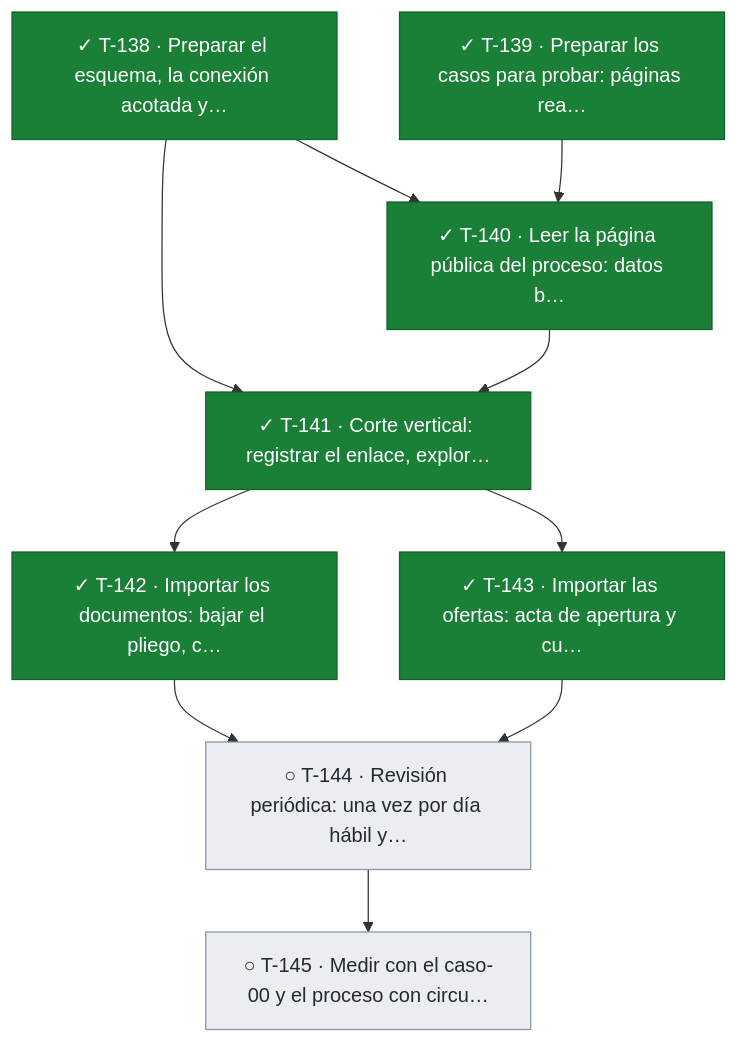
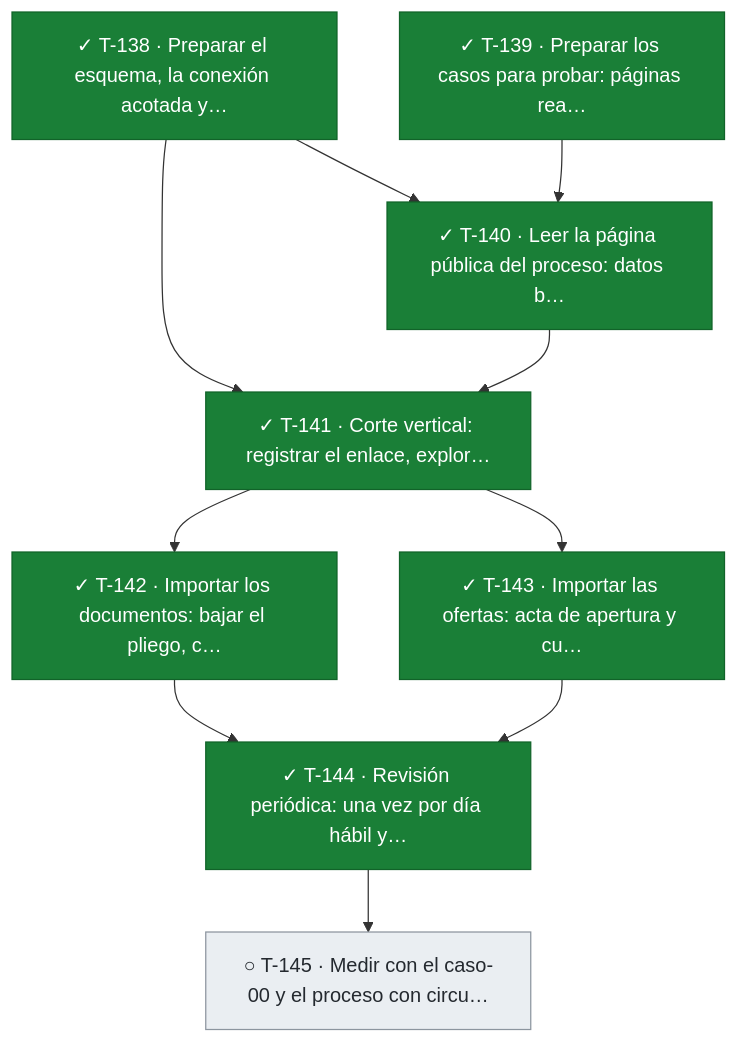
Diagram 11 of 11 in docs/tablero.md (snavello/EVALUON), drawn with Mermaid before and after one commit. The commit also changed other lines of this file and 1 other file, not shown here.

````diff
--- a/docs/tablero.md
+++ b/docs/tablero.md
@@ -835,25 +835,25 @@
 ```mermaid
 flowchart TD
   T138["✓ T-138 · Preparar el esquema, la conexión acotada y…"]:::done
   T139["✓ T-139 · Preparar los casos para probar: páginas rea…"]:::done
   T140["✓ T-140 · Leer la página pública del proceso: datos b…"]:::done
   T141["✓ T-141 · Corte vertical: registrar el enlace, explor…"]:::done
   T142["✓ T-142 · Importar los documentos: bajar el pliego, c…"]:::done
   T143["✓ T-143 · Importar las ofertas: acta de apertura y cu…"]:::done
-  T144["○ T-144 · Revisión periódica: una vez por día hábil y…"]:::todo
+  T144["✓ T-144 · Revisión periódica: una vez por día hábil y…"]:::done
   T145["○ T-145 · Medir con el caso-00 y el proceso con circu…"]:::todo
   T138 --> T140
   T139 --> T140
   T138 --> T141
   T140 --> T141
   T141 --> T142
   T141 --> T143
   T142 --> T144
   T143 --> T144
   T144 --> T145
   classDef done fill:#1a7f37,stroke:#116329,color:#ffffff
   classDef review fill:#0969da,stroke:#0550ae,color:#ffffff
   classDef active fill:#bf8700,stroke:#7d4e00,color:#ffffff
   classDef blocked fill:#cf222e,stroke:#a40e26,color:#ffffff
   classDef todo fill:#eaeef2,stroke:#8c959f,color:#24292f
 ```
````
